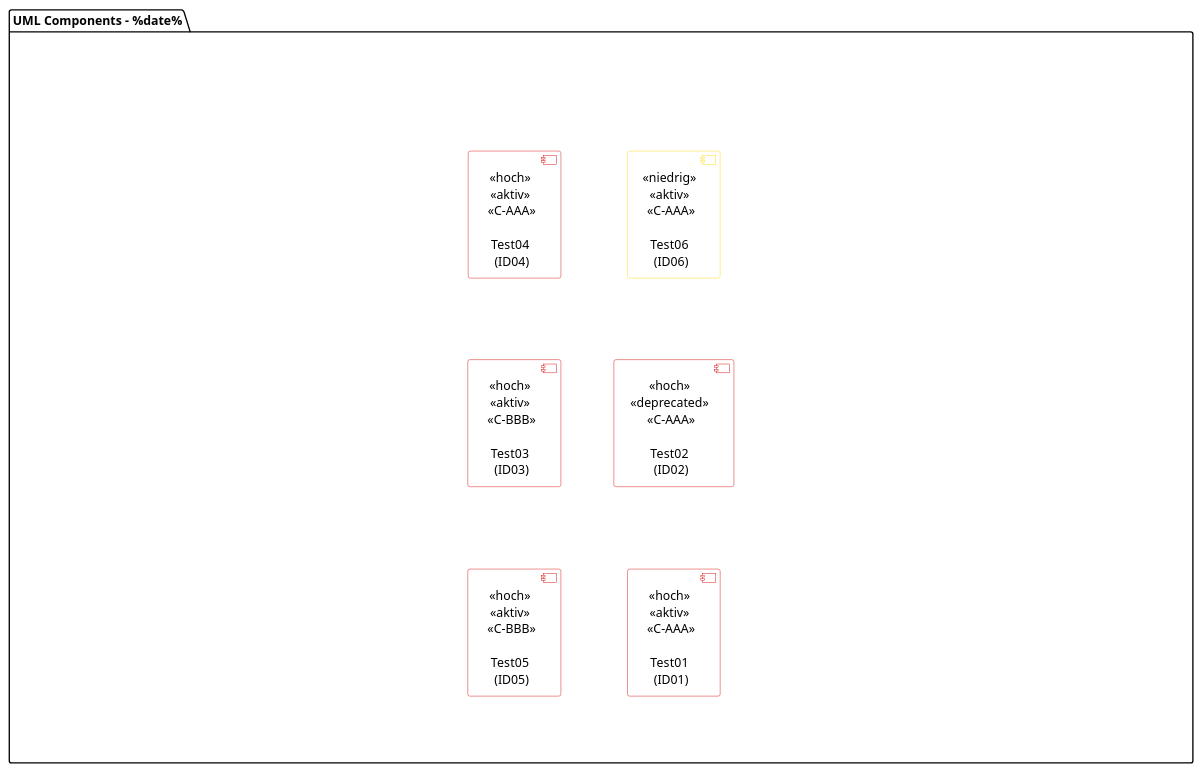
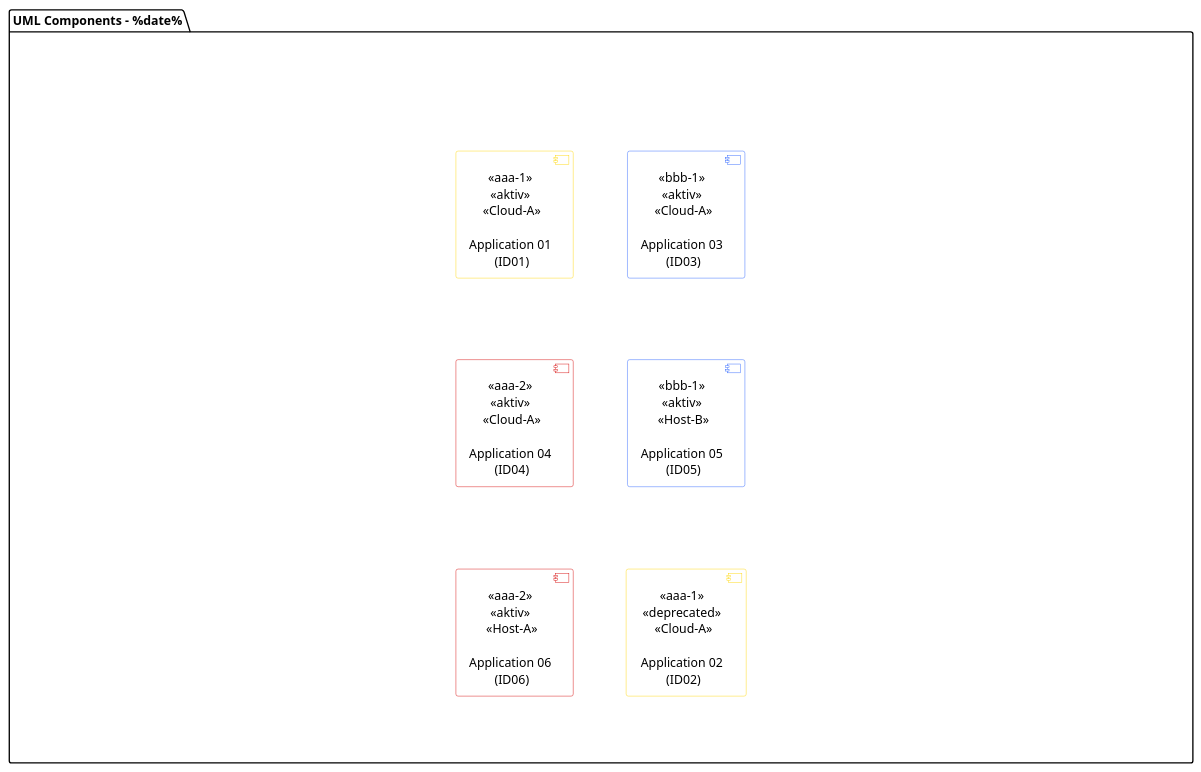
One commit to MarkusSprunck/directed_graph_generator changed the diagram in Output/components.puml. Above: the diagram before and after it, drawn with PlantUML. The commit also changed 13 other files, not shown here.

```diff
--- a/Output/components.puml
+++ b/Output/components.puml
@@ -1,53 +1,54 @@
 @startuml
 
 top to bottom direction
 
 skinparam componentStyle uml2
 skinparam handwritten false
 skinparam monochrome false
 skinparam shadowing false
 skinparam defaultTextAlignment center
 skinparam packageFontSize  14
 skinparam packageFontName Arial
 
 skinparam component {
     StereotypeFontSize 14
     StereotypeFontColor black
     StereotypeName Arial
     StereotypeFontStyle normal
     FontSize 14
     FontColor black
     FontName Arial
     BackgroundColor white
 }
 
 skinparam package<<Transparent>> {
   borderColor Transparent
   backgroundColor Transparent
   fontColor Transparent
   stereotypeFontColor Transparent
 }
 
 !pragma ratio 0.66
 
 left to right direction
 
 package "UML Components - %date%" {
 
 package "0123456789012345678901234567890123456789012345678901234567890123456789012345678901234567890123456789012345678901234567890123456789012345678901234567890123456789" <<Transparent>> {
 
      
-skinparam componentBorderColor<<hoch>> #d50000
-skinparam componentBorderColor<<niedrig>> #ffd600
+skinparam componentBorderColor<<aaa-2>> #d50000
+skinparam componentBorderColor<<aaa-1>> #ffd600
+skinparam componentBorderColor<<bbb-1>> #2962ff
 
-[ <<aktiv>> \n  <<C-BBB>> \n \nTest05\n (ID05)] as ID05  <<hoch>>  [[{Lorem ipsum dolor sit amet, consectetur adipiscing elit, sed do eiusmod tempor incididunt ut labore et dolore magna aliqua. Ut enim ad minim veniam, quis nostrud exercitation. 05}]]
-[ <<aktiv>> \n  <<C-BBB>> \n \nTest03\n (ID03)] as ID03  <<hoch>>  [[{Lorem ipsum dolor sit amet, consectetur adipiscing elit, sed do eiusmod tempor incididunt ut labore et dolore magna aliqua. Ut enim ad minim veniam, quis nostrud exercitation. 03}]]
-[ <<aktiv>> \n  <<C-AAA>> \n \nTest04\n (ID04)] as ID04  <<hoch>>  [[{Lorem ipsum dolor sit amet, consectetur adipiscing elit, sed do eiusmod tempor incididunt ut labore et dolore magna aliqua. Ut enim ad minim veniam, quis nostrud exercitation. 04}]]
-[ <<aktiv>> \n  <<C-AAA>> \n \nTest01\n (ID01)] as ID01  <<hoch>>  [[{Lorem ipsum dolor sit amet, consectetur adipiscing elit, sed do eiusmod tempor incididunt ut labore et dolore magna aliqua. Ut enim ad minim veniam, quis nostrud exercitation. 01}]]
-[ <<deprecated>> \n  <<C-AAA>> \n \nTest02\n (ID02)] as ID02  <<hoch>>  [[{Lorem ipsum dolor sit amet, consectetur adipiscing elit, sed do eiusmod tempor incididunt ut labore et dolore magna aliqua. Ut enim ad minim veniam, quis nostrud exercitation. 02}]]
-[ <<aktiv>> \n  <<C-AAA>> \n \nTest06\n (ID06)] as ID06  <<niedrig>>  [[{Lorem ipsum dolor sit amet, consectetur adipiscing elit, sed do eiusmod tempor incididunt ut labore et dolore magna aliqua. Ut enim ad minim veniam, quis nostrud exercitation. 06}]]
+[ <<aktiv>> \n  <<Host-A>> \n \nApplication 06\n (ID06)] as ID06  <<aaa-2>>  [[{Lorem ipsum dolor sit amet, consectetur adipiscing elit, sed do eiusmod tempor incididunt ut labore et dolore magna aliqua. Ut enim ad minim veniam, quis nostrud exercitation. 06}]]
+[ <<aktiv>> \n  <<Cloud-A>> \n \nApplication 04\n (ID04)] as ID04  <<aaa-2>>  [[{Lorem ipsum dolor sit amet, consectetur adipiscing elit, sed do eiusmod tempor incididunt ut labore et dolore magna aliqua. Ut enim ad minim veniam, quis nostrud exercitation. 04}]]
+[ <<aktiv>> \n  <<Cloud-A>> \n \nApplication 01\n (ID01)] as ID01  <<aaa-1>>  [[{Lorem ipsum dolor sit amet, consectetur adipiscing elit, sed do eiusmod tempor incididunt ut labore et dolore magna aliqua. Ut enim ad minim veniam, quis nostrud exercitation. 01}]]
+[ <<deprecated>> \n  <<Cloud-A>> \n \nApplication 02\n (ID02)] as ID02  <<aaa-1>>  [[{Lorem ipsum dolor sit amet, consectetur adipiscing elit, sed do eiusmod tempor incididunt ut labore et dolore magna aliqua. Ut enim ad minim veniam, quis nostrud exercitation. 02}]]
+[ <<aktiv>> \n  <<Host-B>> \n \nApplication 05\n (ID05)] as ID05  <<bbb-1>>  [[{Lorem ipsum dolor sit amet, consectetur adipiscing elit, sed do eiusmod tempor incididunt ut labore et dolore magna aliqua. Ut enim ad minim veniam, quis nostrud exercitation. 05}]]
+[ <<aktiv>> \n  <<Cloud-A>> \n \nApplication 03\n (ID03)] as ID03  <<bbb-1>>  [[{Lorem ipsum dolor sit amet, consectetur adipiscing elit, sed do eiusmod tempor incididunt ut labore et dolore magna aliqua. Ut enim ad minim veniam, quis nostrud exercitation. 03}]]
 
     }
 }
 
 @enduml
```
